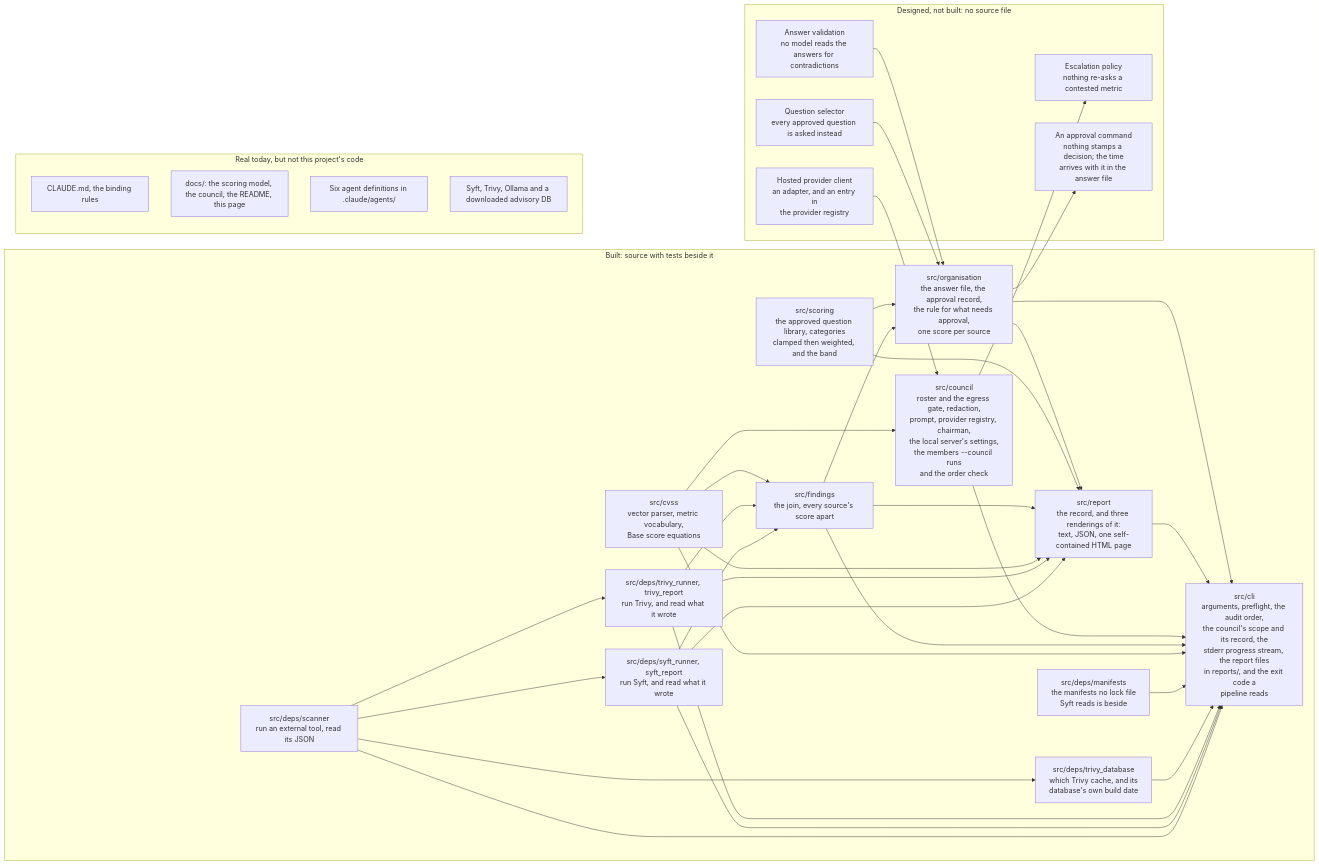
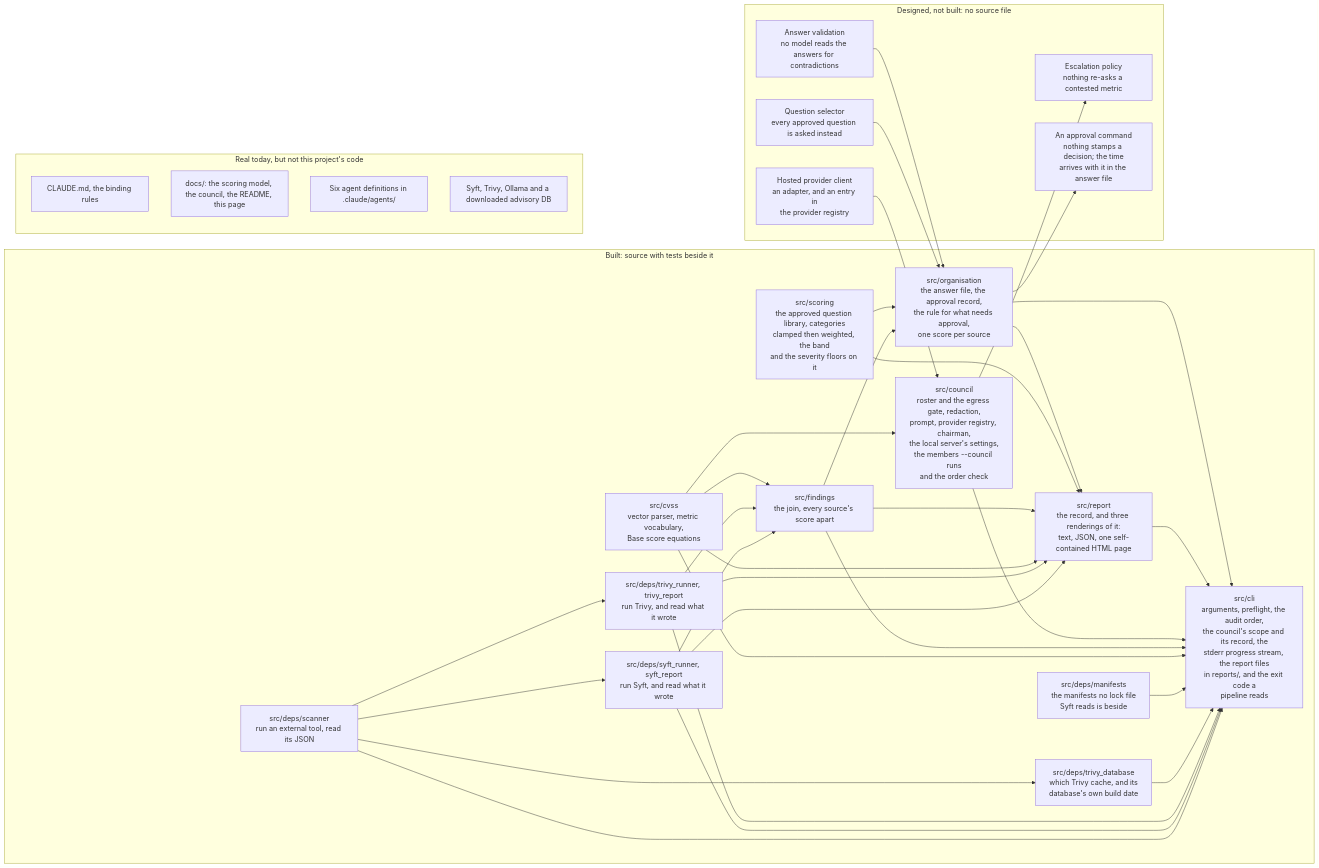
One commit to heinthtnaung/AgenticLLMAppAuditor changed the fifth of 5 diagrams in docs/diagrams.md. Above: the diagram before and after it, drawn with Mermaid. The commit also changed other lines of this file and 14 other files, not shown here.

````diff
--- a/docs/diagrams.md
+++ b/docs/diagrams.md
@@ -520,63 +535,63 @@
 ```mermaid
 flowchart LR
     subgraph BUILT["Built: source with tests beside it"]
         b0["src/deps/scanner<br/>run an external tool, read its JSON"]
         b1["src/deps/syft_runner, syft_report<br/>run Syft, and read what it wrote"]
         b2["src/deps/trivy_runner, trivy_report<br/>run Trivy, and read what it wrote"]
         b3["src/deps/trivy_database<br/>which Trivy cache, and its<br/>database's own build date"]
         b11["src/deps/manifests<br/>the manifests no lock file<br/>Syft reads is beside"]
         b4["src/cvss<br/>vector parser, metric vocabulary,<br/>Base score equations"]
         b5["src/findings<br/>the join, every source's score apart"]
         b7["src/council<br/>roster and the egress gate, redaction,<br/>prompt, provider registry, chairman,<br/>the local server's settings,<br/>the members --council runs<br/>and the order check"]
         b8["src/report<br/>the record, and three renderings of it:<br/>text, JSON, one self-contained HTML page"]
         b9["src/cli<br/>arguments, preflight, the audit order,<br/>the council's scope and its record, the<br/>stderr progress stream, the report files<br/>in reports/, and the exit code a<br/>pipeline reads"]
-        b6["src/scoring<br/>the approved question library, categories<br/>clamped then weighted, and the band"]
+        b6["src/scoring<br/>the approved question library, categories<br/>clamped then weighted, the band<br/>and the severity floors on it"]
         b10["src/organisation<br/>the answer file, the approval record,<br/>the rule for what needs approval,<br/>one score per source"]
         b0 --> b1
         b0 --> b2
         b0 --> b3
         b0 --> b9
         b1 --> b5
         b1 --> b8
         b1 --> b9
         b2 --> b5
         b2 --> b8
         b2 --> b9
         b3 --> b9
         b11 --> b9
         b4 --> b5
         b4 --> b7
         b4 --> b8
         b4 --> b9
         b5 --> b8
         b5 --> b9
         b5 --> b10
         b6 --> b8
         b6 --> b10
         b7 --> b9
         b8 --> b9
         b10 --> b8
         b10 --> b9
     end
 
     subgraph UNBUILT["Designed, not built: no source file"]
         d2["Question selector<br/>every approved question is asked instead"]
         d3["Answer validation<br/>no model reads the answers for contradictions"]
         d6["Hosted provider client<br/>an adapter, and an entry in<br/>the provider registry"]
         d11["Escalation policy<br/>nothing re-asks a contested metric"]
         d12["An approval command<br/>nothing stamps a decision; the time<br/>arrives with it in the answer file"]
     end
 
     d6 --> b7
     b7 --> d11
     d2 --> b10
     d3 --> b10
     b10 --> d12
 
     subgraph REAL["Real today, but not this project's code"]
         x1["CLAUDE.md, the binding rules"]
         x2["docs/: the scoring model, the council, the README, this page"]
         x3["Six agent definitions in .claude/agents/"]
         x4["Syft, Trivy, Ollama and a downloaded advisory DB"]
     end
 ```
````
